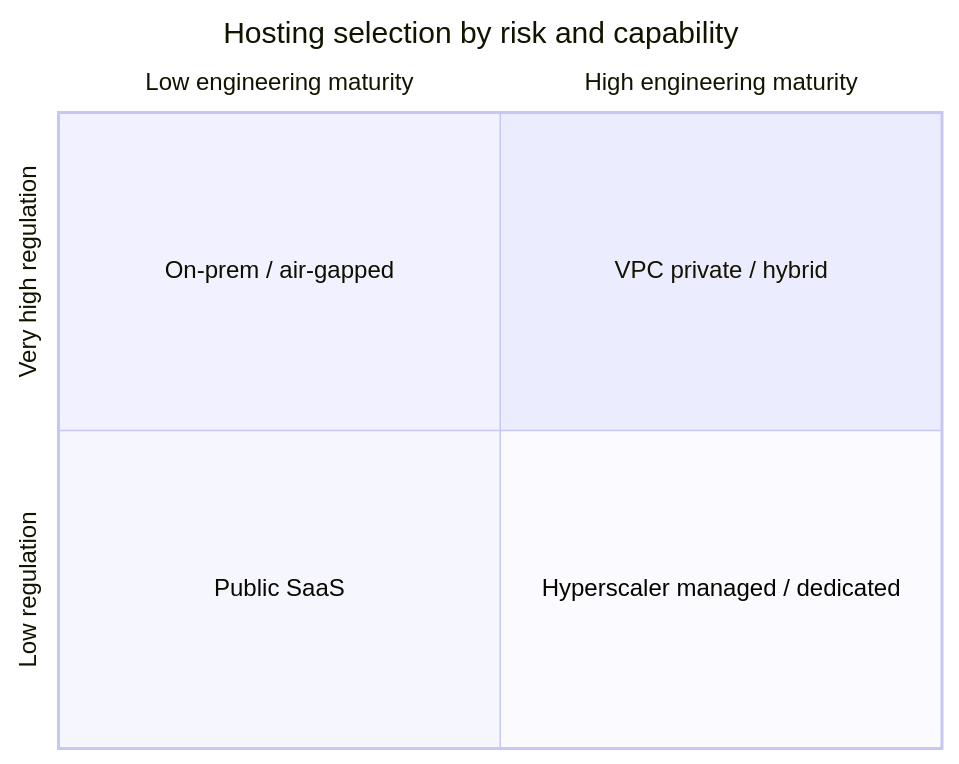
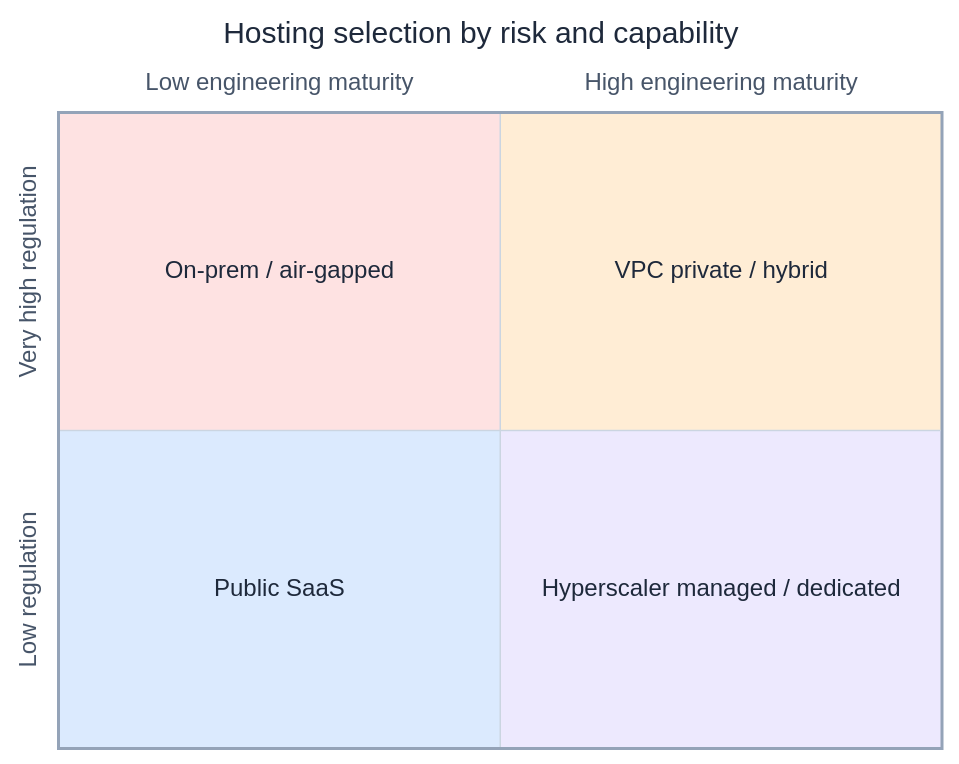
One commit to iamsharmajitender/gain changed the second of 2 diagrams in docs/insights/2026-07-04-model-hosting-options-regulated-industries/model-hosting-options-regulated-industries.mdx. Above: the diagram before and after it, drawn with Mermaid. The commit also changed other lines of this file and 24 other files, not shown here.

````diff
--- a/docs/insights/2026-07-04-model-hosting-options-regulated-industries/model-hosting-options-regulated-industries.mdx
+++ b/docs/insights/2026-07-04-model-hosting-options-regulated-industries/model-hosting-options-regulated-industries.mdx
@@ -108,15 +108,29 @@
 ```mermaid
 ---
 config:
+  themeVariables:
+    quadrant1Fill: '#ffedd5'
+    quadrant2Fill: '#fee2e2'
+    quadrant3Fill: '#dbeafe'
+    quadrant4Fill: '#ede9fe'
+    quadrant1TextFill: '#1e293b'
+    quadrant2TextFill: '#1e293b'
+    quadrant3TextFill: '#1e293b'
+    quadrant4TextFill: '#1e293b'
+    quadrantInternalBorderStrokeFill: '#cbd5e1'
+    quadrantExternalBorderStrokeFill: '#94a3b8'
+    quadrantTitleFill: '#1e293b'
+    quadrantXAxisTextFill: '#475569'
+    quadrantYAxisTextFill: '#475569'
   quadrantChart:
     chartWidth: 625
 ---
 quadrantChart
     title Hosting selection by risk and capability
     x-axis Low engineering maturity --> High engineering maturity
     y-axis Low regulation --> Very high regulation
     quadrant-1 VPC private / hybrid
     quadrant-2 On-prem / air-gapped
     quadrant-3 Public SaaS
     quadrant-4 Hyperscaler managed / dedicated
 ```
````
